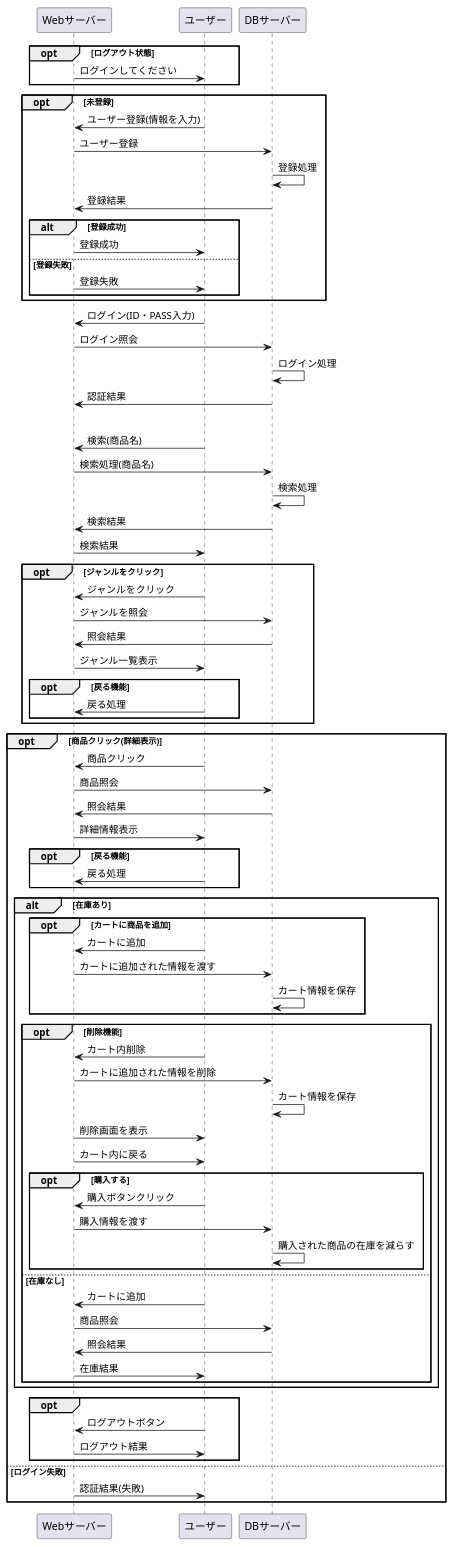
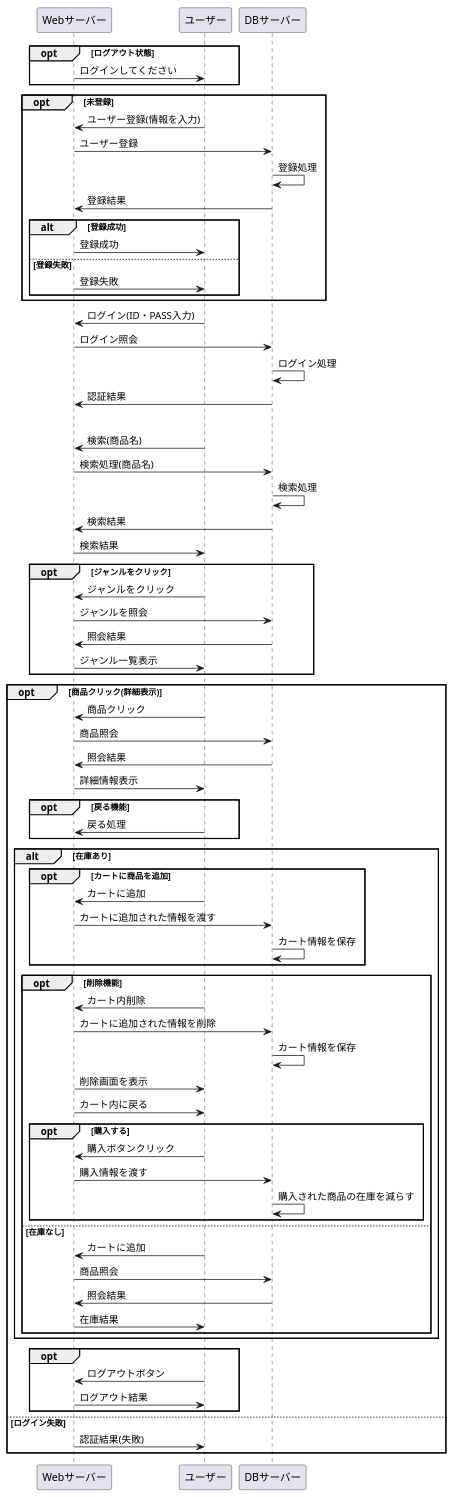
The diagram in あの消し.業務フロー.md (Aso2001184/2021sys-design), drawn with PlantUML before and after one commit.

```diff
--- a/あの消し.業務フロー.md
+++ b/あの消し.業務フロー.md
@@ -36,10 +36,6 @@
 Webサーバー -> DBサーバー : ジャンルを照会
 DBサーバー -> Webサーバー : 照会結果
 Webサーバー -> ユーザー : ジャンル一覧表示
-
-opt 戻る機能
-ユーザー -> Webサーバー : 戻る処理
-end
 end
 
 
@@ -48,6 +44,7 @@
 Webサーバー -> DBサーバー : 商品照会
 DBサーバー -> Webサーバー : 照会結果
 Webサーバー -> ユーザー : 詳細情報表示
+
 opt 戻る機能
 ユーザー -> Webサーバー : 戻る処理
 end
```
